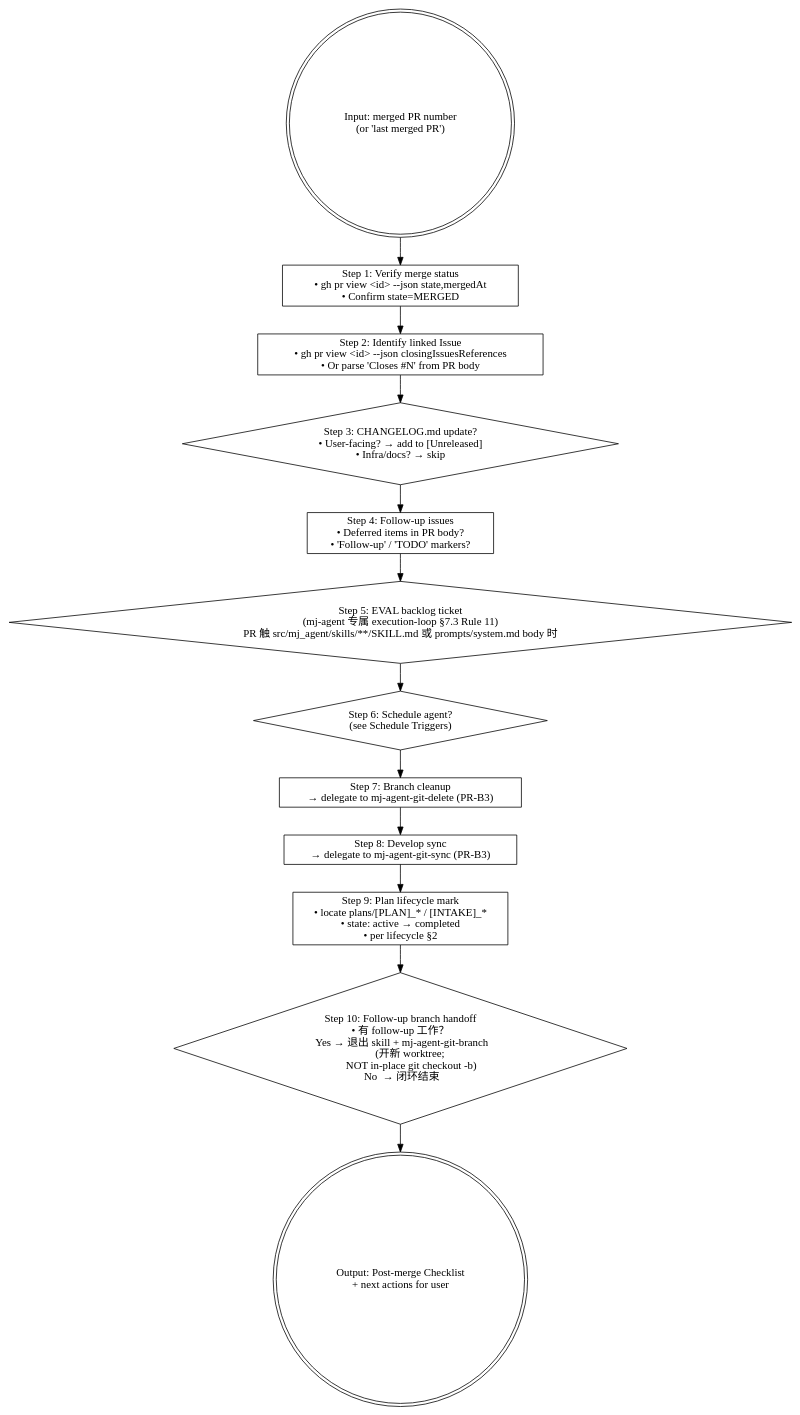
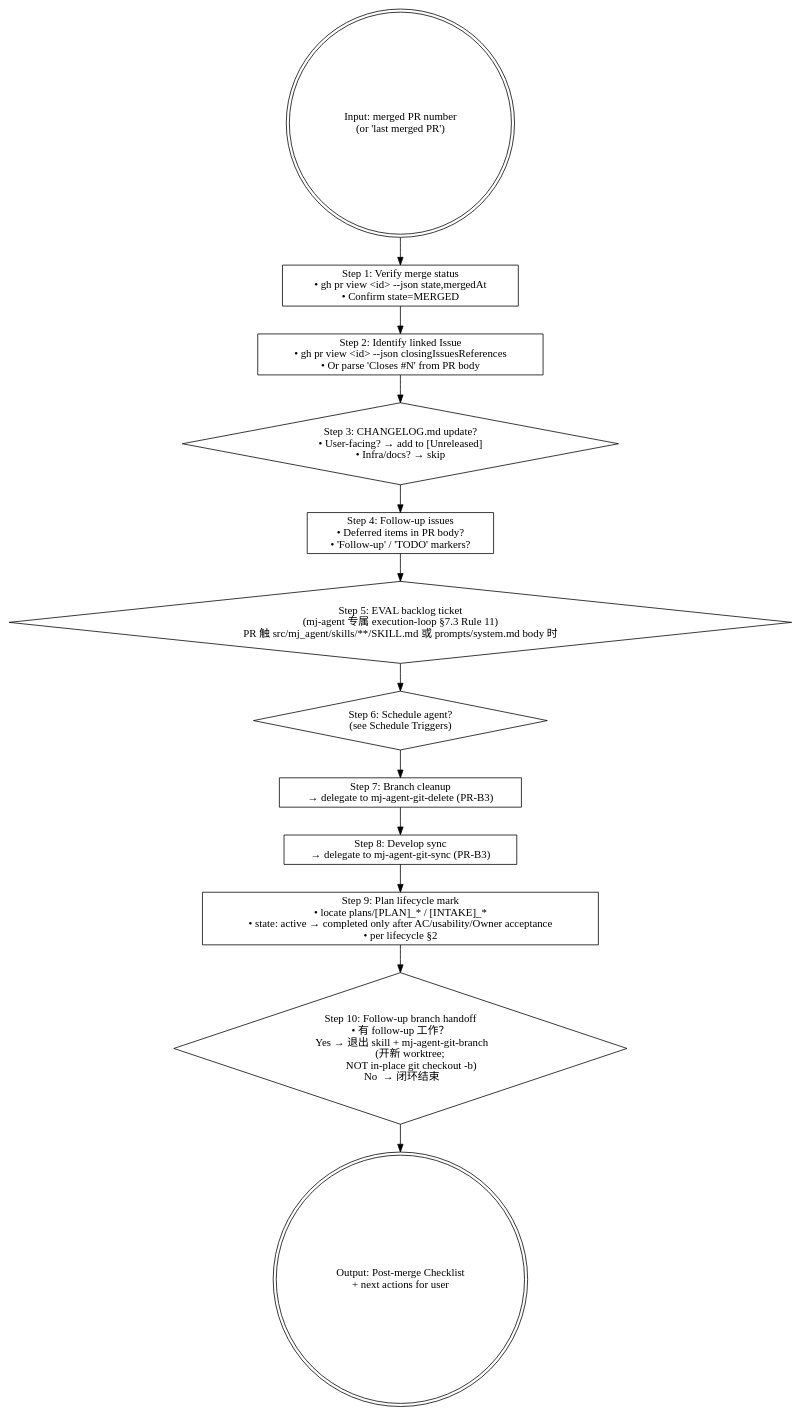
The diagram in .agents/skills/mj-agent-flow-post-merge/SKILL.md (MJ-AgentLab/mj-agent), drawn with Graphviz before and after one commit. The commit also changed other lines of this file and 134 other files, not shown here.

````diff
--- a/.agents/skills/mj-agent-flow-post-merge/SKILL.md
+++ b/.agents/skills/mj-agent-flow-post-merge/SKILL.md
@@ -38,21 +39,21 @@
 ```dot
 digraph post_merge {
   rankdir=TB;
   start [label="Input: merged PR number\n(or 'last merged PR')" shape=doublecircle];
 
   s1 [label="Step 1: Verify merge status\n• gh pr view <id> --json state,mergedAt\n• Confirm state=MERGED" shape=box];
   s2 [label="Step 2: Identify linked Issue\n• gh pr view <id> --json closingIssuesReferences\n• Or parse 'Closes #N' from PR body" shape=box];
   s3 [label="Step 3: CHANGELOG.md update?\n• User-facing? → add to [Unreleased]\n• Infra/docs? → skip" shape=diamond];
   s4 [label="Step 4: Follow-up issues\n• Deferred items in PR body?\n• 'Follow-up' / 'TODO' markers?" shape=box];
   s5 [label="Step 5: EVAL backlog ticket\n(mj-agent 专属 execution-loop §7.3 Rule 11)\nPR 触 src/mj_agent/skills/**/SKILL.md 或 prompts/system.md body 时" shape=diamond];
   s6 [label="Step 6: Schedule agent?\n(see Schedule Triggers)" shape=diamond];
   s7 [label="Step 7: Branch cleanup\n→ delegate to mj-agent-git-delete (PR-B3)" shape=box];
   s8 [label="Step 8: Develop sync\n→ delegate to mj-agent-git-sync (PR-B3)" shape=box];
-  s9 [label="Step 9: Plan lifecycle mark\n• locate plans/[PLAN]_* / [INTAKE]_*\n• state: active → completed\n• per lifecycle §2" shape=box];
+  s9 [label="Step 9: Plan lifecycle mark\n• locate plans/[PLAN]_* / [INTAKE]_*\n• state: active → completed only after AC/usability/Owner acceptance\n• per lifecycle §2" shape=box];
   s10 [label="Step 10: Follow-up branch handoff\n• 有 follow-up 工作？\n  Yes → 退出 skill + mj-agent-git-branch\n        (开新 worktree;\n         NOT in-place git checkout -b)\n  No  → 闭环结束" shape=diamond];
 
   out [label="Output: Post-merge Checklist\n+ next actions for user" shape=doublecircle];
 
   start -> s1 -> s2 -> s3 -> s4 -> s5 -> s6 -> s7 -> s8 -> s9 -> s10 -> out;
 }
 ```
````
